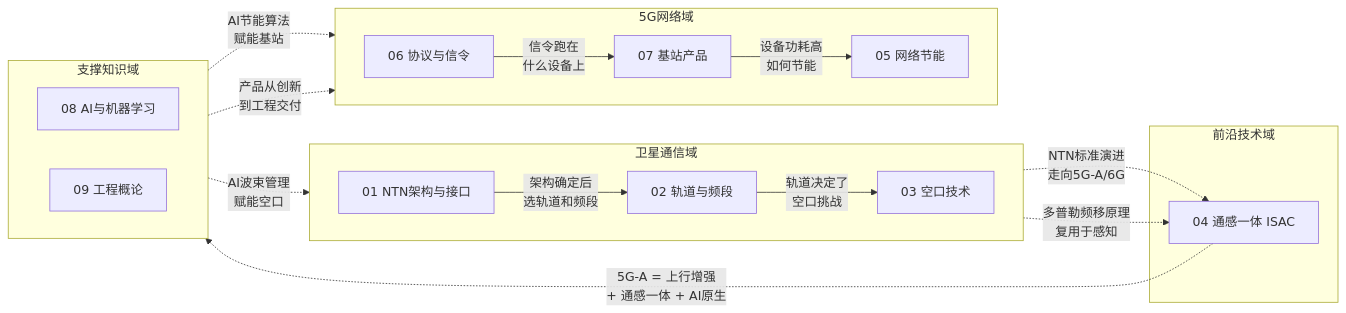
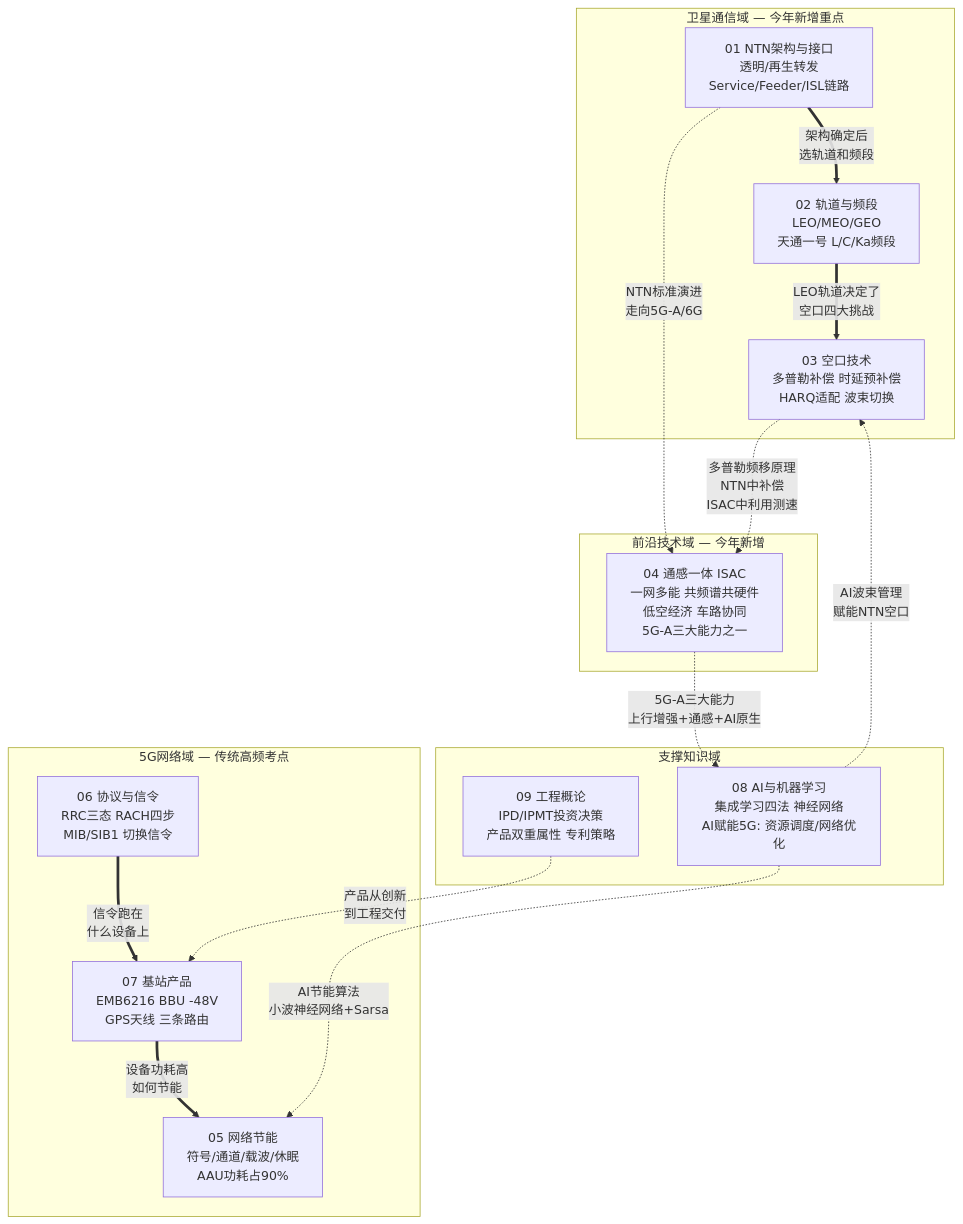
The first of 6 diagrams in 课程笔记/00-逻辑导图与记忆手册.md (luckywangyi/dtcup-2026-prep), drawn with Mermaid before and after one commit. The commit also changed other lines of this file and 40 other files, not shown here.

````diff
--- a/课程笔记/00-逻辑导图与记忆手册.md
+++ b/课程笔记/00-逻辑导图与记忆手册.md
@@ -15,37 +15,34 @@
 ```mermaid
-graph LR
-  subgraph sat [卫星通信域]
-    direction LR
-    N01["01 NTN架构与接口"]
-    N02["02 轨道与频段"]
-    N03["03 空口技术"]
-    N01 -->|"架构确定后<br/>选轨道和频段"| N02
-    N02 -->|"轨道决定了<br/>空口挑战"| N03
+graph TB
+  subgraph sat [卫星通信域 — 今年新增重点]
+    N01["01 NTN架构与接口<br/>透明/再生转发<br/>Service/Feeder/ISL链路"]
+    N02["02 轨道与频段<br/>LEO/MEO/GEO<br/>天通一号 L/C/Ka频段"]
+    N03["03 空口技术<br/>多普勒补偿 时延预补偿<br/>HARQ适配 波束切换"]
+    N01 ==>|"架构确定后<br/>选轨道和频段"| N02
+    N02 ==>|"LEO轨道决定了<br/>空口四大挑战"| N03
   end
 
-  subgraph fiveG [5G网络域]
-    direction LR
-    N06["06 协议与信令"]
-    N07["07 基站产品"]
-    N05["05 网络节能"]
-    N06 -->|"信令跑在<br/>什么设备上"| N07
-    N07 -->|"设备功耗高<br/>如何节能"| N05
+  subgraph fiveG [5G网络域 — 传统高频考点]
+    N06["06 协议与信令<br/>RRC三态 RACH四步<br/>MIB/SIB1 切换信令"]
+    N07["07 基站产品<br/>EMB6216 BBU -48V<br/>GPS天线 三条路由"]
+    N05["05 网络节能<br/>符号/通道/载波/休眠<br/>AAU功耗占90%"]
+    N06 ==>|"信令跑在<br/>什么设备上"| N07
+    N07 ==>|"设备功耗高<br/>如何节能"| N05
   end
 
-  subgraph frontier [前沿技术域]
-    N04["04 通感一体 ISAC"]
+  subgraph frontier [前沿技术域 — 今年新增]
+    N04["04 通感一体 ISAC<br/>一网多能 共频谱共硬件<br/>低空经济 车路协同<br/>5G-A三大能力之一"]
   end
 
   subgraph support [支撑知识域]
-    direction LR
-    N08["08 AI与机器学习"]
-    N09["09 工程概论"]
+    N08["08 AI与机器学习<br/>集成学习四法 神经网络<br/>AI赋能5G: 资源调度/网络优化"]
+    N09["09 工程概论<br/>IPD/IPMT投资决策<br/>产品双重属性 专利策略"]
   end
 
   N01 -.->|"NTN标准演进<br/>走向5G-A/6G"| N04
-  N03 -.->|"多普勒频移原理<br/>复用于感知"| N04
-  N08 -.->|"AI节能算法<br/>赋能基站"| N05
-  N08 -.->|"AI波束管理<br/>赋能空口"| N03
-  N04 -.->|"5G-A = 上行增强<br/>+ 通感一体 + AI原生"| N08
+  N03 -.->|"多普勒频移原理<br/>NTN中补偿<br/>ISAC中利用测速"| N04
+  N08 -.->|"AI节能算法<br/>小波神经网络+Sarsa"| N05
+  N08 -.->|"AI波束管理<br/>赋能NTN空口"| N03
+  N04 -.->|"5G-A三大能力<br/>上行增强+通感+AI原生"| N08
   N09 -.->|"产品从创新<br/>到工程交付"| N07
 ```
````
